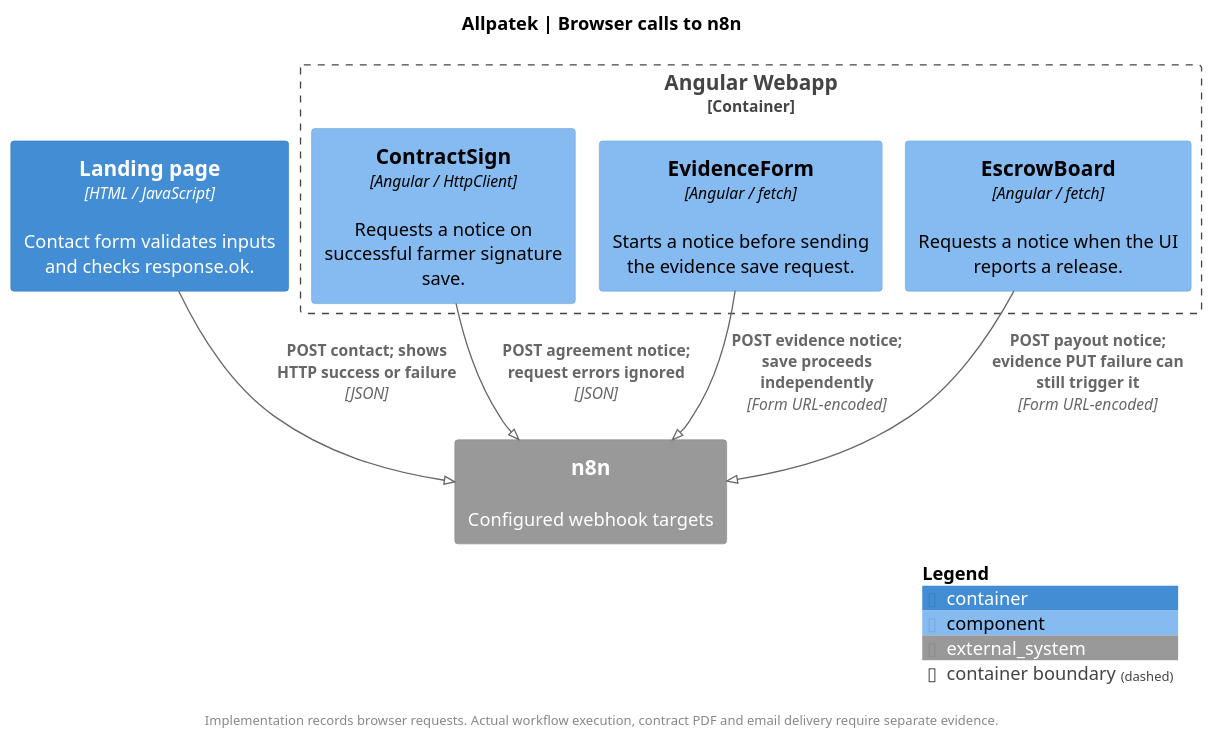
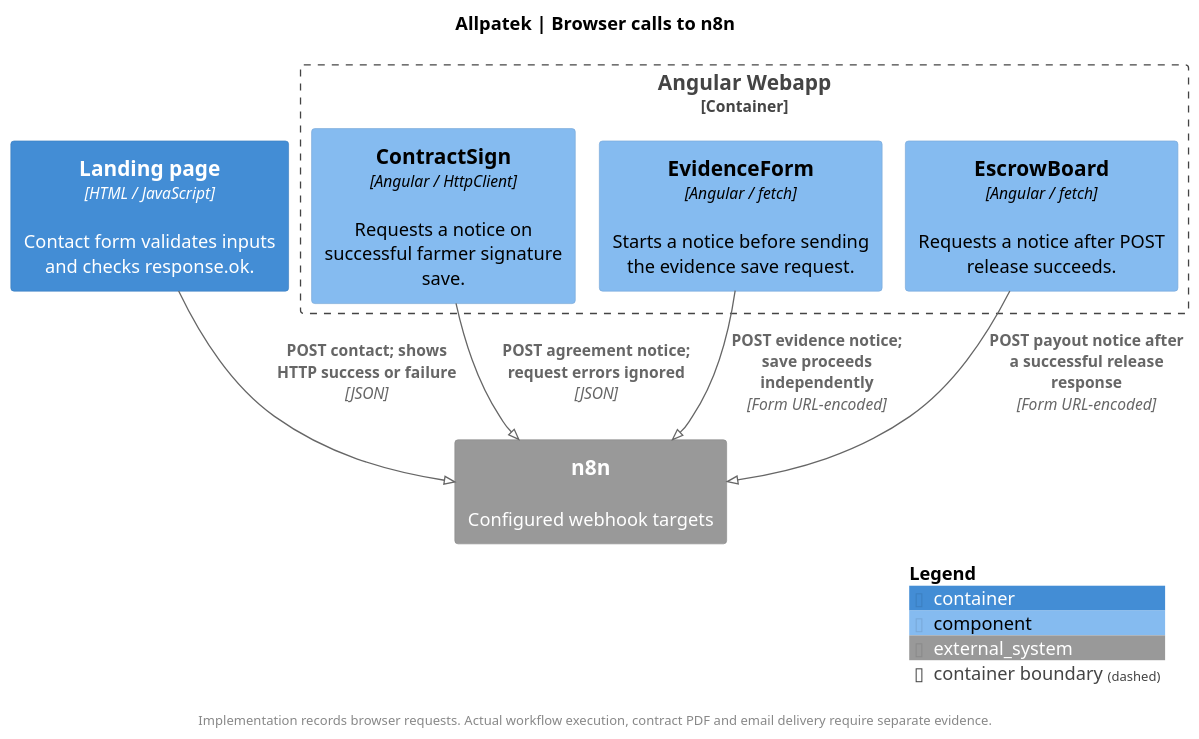
Before and after one commit to upc-pre-202620-1asi0729-7753-Terranova/allpatek-report: the diagram in assets/chapter-04/architecture/07-n8n-components.puml, drawn with PlantUML. The commit also changed 3 other files, not shown here.

Commit message:
docs(c4): correct the notification trigger after evidence release

```diff
--- a/assets/chapter-04/architecture/07-n8n-components.puml
+++ b/assets/chapter-04/architecture/07-n8n-components.puml
@@ -1,24 +1,24 @@
 @startuml
 !pragma layout smetana
 !include <C4/C4_Component>
 skinparam backgroundColor white
 skinparam defaultFontName SansSerif
 skinparam shadowing false
 skinparam dpi 125
 title Allpatek | Browser calls to n8n
 LAYOUT_TOP_DOWN()
 
 Container(landing, "Landing page", "HTML / JavaScript", "Contact form validates inputs and checks response.ok.")
 Container_Boundary(web, "Angular Webapp") {
   Component(contract, "ContractSign", "Angular / HttpClient", "Requests a notice on successful farmer signature save.")
   Component(evidence, "EvidenceForm", "Angular / fetch", "Starts a notice before sending the evidence save request.")
-  Component(payout, "EscrowBoard", "Angular / fetch", "Requests a notice when the UI reports a release.")
+  Component(payout, "EscrowBoard", "Angular / fetch", "Requests a notice after POST release succeeds.")
 }
 System_Ext(automation, "n8n", "Configured webhook targets")
 Rel(landing, automation, "POST contact; shows HTTP success or failure", "JSON")
 Rel(contract, automation, "POST agreement notice; request errors ignored", "JSON")
 Rel(evidence, automation, "POST evidence notice; save proceeds independently", "Form URL-encoded")
-Rel(payout, automation, "POST payout notice; evidence PUT failure can still trigger it", "Form URL-encoded")
+Rel(payout, automation, "POST payout notice after a successful release response", "Form URL-encoded")
 footer Implementation records browser requests. Actual workflow execution, contract PDF and email delivery require separate evidence.
 SHOW_LEGEND()
 @enduml
```
